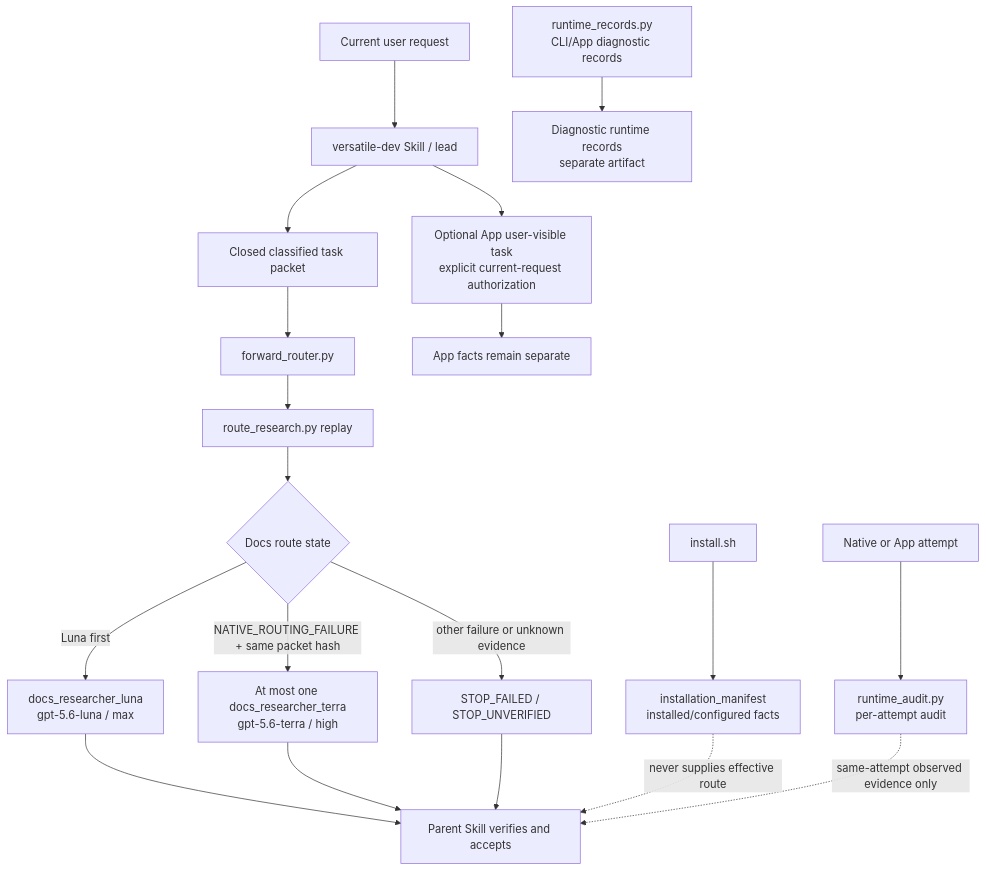
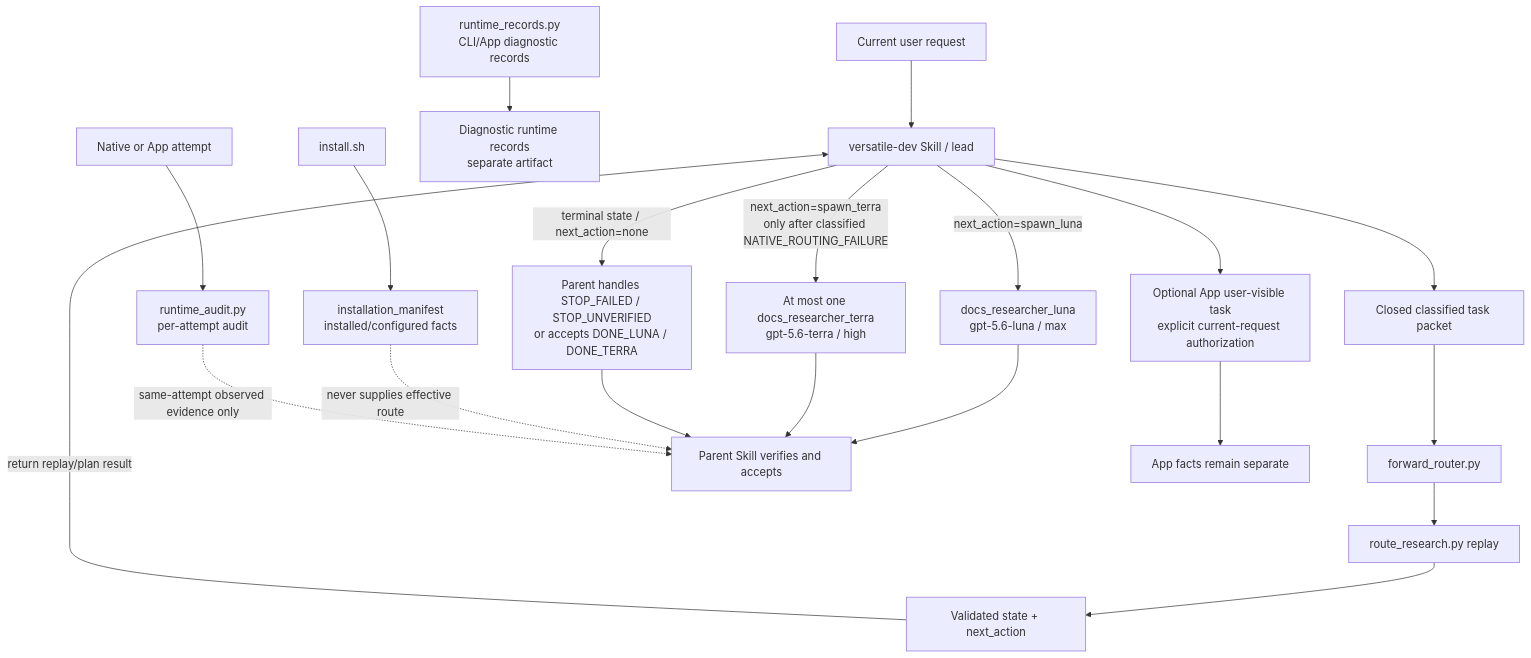
The diagram in DEVELOPMENT_PLAN.md (joe-cheung-cae/versatile_agent), drawn with Mermaid before and after one commit. The commit also changed other lines of this file and 1 other file, not shown here.

````diff
--- a/DEVELOPMENT_PLAN.md
+++ b/DEVELOPMENT_PLAN.md
@@ -44,21 +44,22 @@
 ```mermaid
 flowchart TB
     U["Current user request"] --> L["versatile-dev Skill / lead"]
     L --> P["Closed classified task packet"]
     P --> F["forward_router.py"]
     F --> R["route_research.py replay"]
-    R --> C{"Docs route state"}
-    C -->|"Luna first"| LU["docs_researcher_luna\ngpt-5.6-luna / max"]
-    C -->|"NATIVE_ROUTING_FAILURE + same packet hash"| TE["At most one docs_researcher_terra\ngpt-5.6-terra / high"]
-    C -->|"other failure or unknown evidence"| S["STOP_FAILED / STOP_UNVERIFIED"]
+    R --> O["Validated state + next_action"]
+    O -->|"return replay/plan result"| L
+    L -->|"next_action=spawn_luna"| LU["docs_researcher_luna\ngpt-5.6-luna / max"]
+    L -->|"next_action=spawn_terra\nonly after classified NATIVE_ROUTING_FAILURE"| TE["At most one docs_researcher_terra\ngpt-5.6-terra / high"]
+    L -->|"terminal state / next_action=none"| S["Parent handles STOP_FAILED / STOP_UNVERIFIED\nor accepts DONE_LUNA / DONE_TERRA"]
     LU --> A["Parent Skill verifies and accepts"]
     TE --> A
     S --> A
     L --> AP["Optional App user-visible task\nexplicit current-request authorization"]
     AP --> AX["App facts remain separate"]
     I["install.sh"] --> M["installation_manifest\ninstalled/configured facts"]
     D["runtime_records.py\nCLI/App diagnostic records"] --> DR["Diagnostic runtime records\nseparate artifact"]
     N["Native or App attempt"] --> RA["runtime_audit.py\nper-attempt audit"]
     M -. "never supplies effective route" .-> A
     RA -. "same-attempt observed evidence only" .-> A
 ```
````
